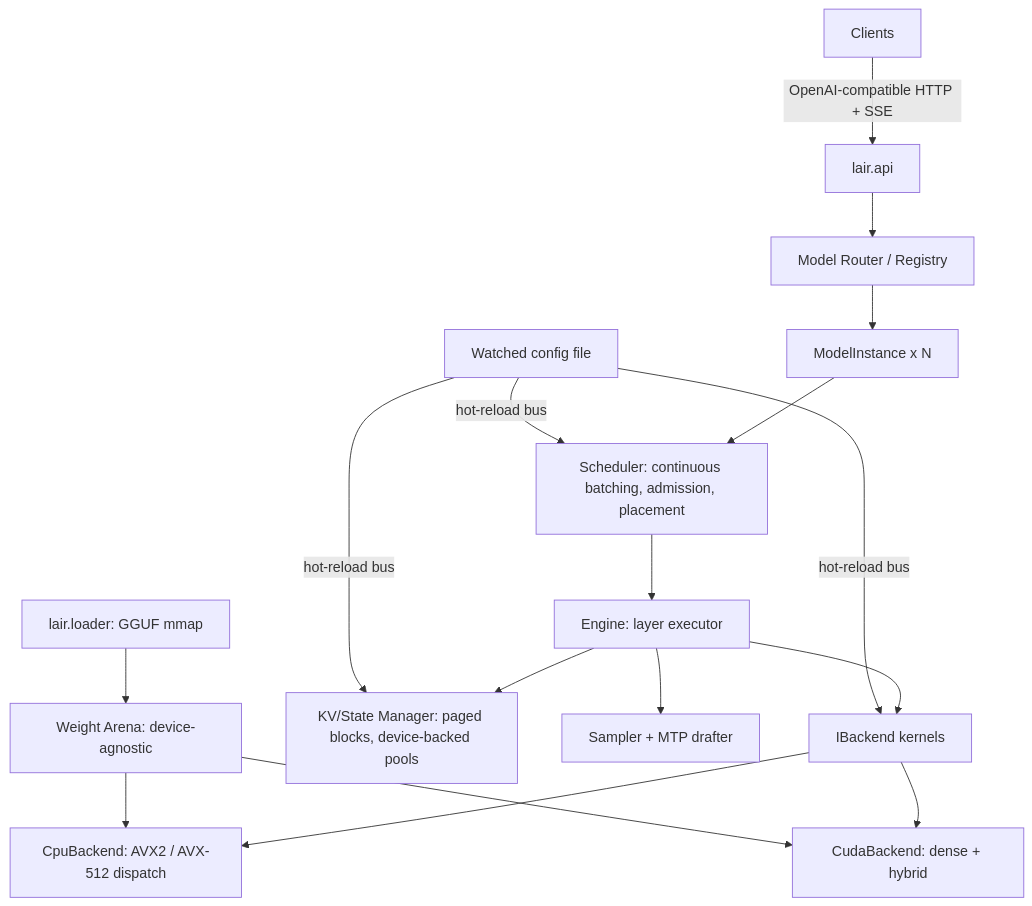
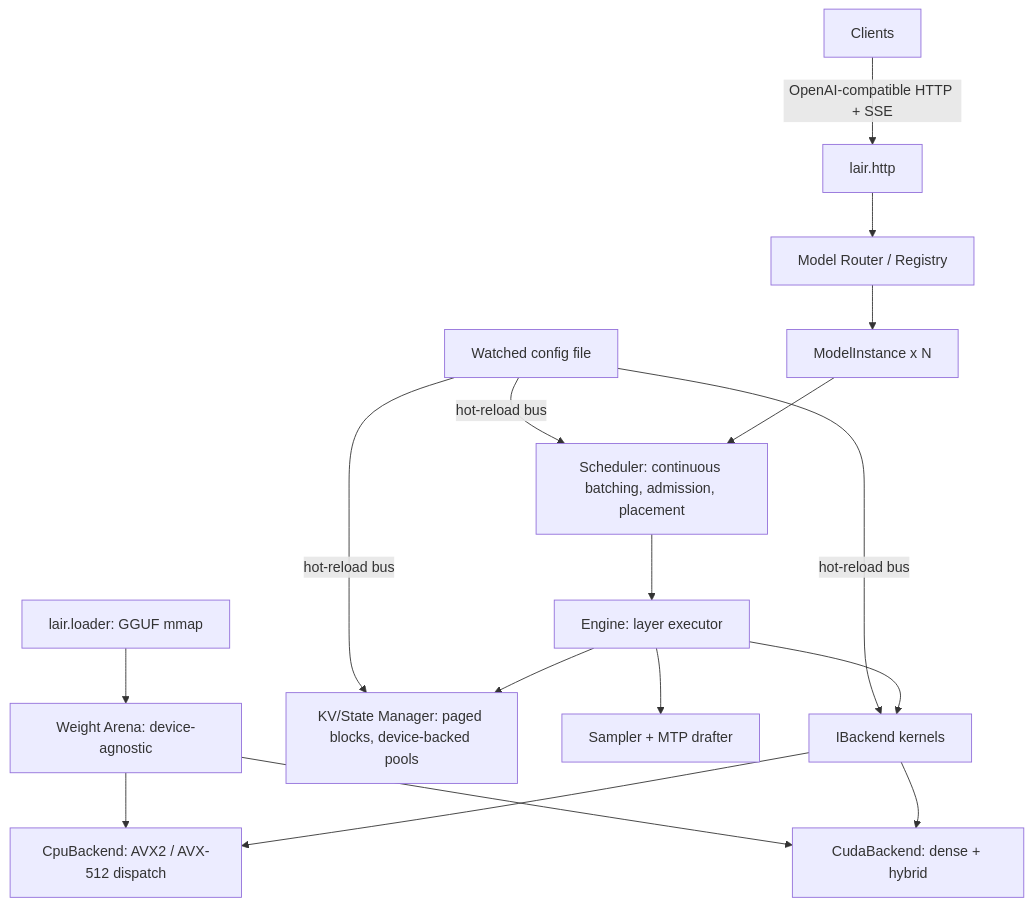
Before and after one commit to ScorchedHands/lair: the diagram in PLAN.md, drawn with Mermaid. The commit also changed other lines of this file, not shown here.

Commit message:
plan(mvp3.1): rename Lair.Api -> Lair.Http, Lair.Core -> Lair.Contracts (role naming); module list and contract refs updated

````diff
--- a/PLAN.md
+++ b/PLAN.md
@@ -41,19 +41,19 @@
 ```mermaid
 graph TD
-    C[Clients] -->|OpenAI-compatible HTTP + SSE| API[lair.api]
+    C[Clients] -->|OpenAI-compatible HTTP + SSE| API[lair.http]
     API --> R[Model Router / Registry]
     R --> MI[ModelInstance x N]
     MI --> S[Scheduler: continuous batching, admission, placement]
     S --> E[Engine: layer executor]
     E --> B[IBackend kernels]
     B --> CPU[CpuBackend: AVX2 / AVX-512 dispatch]
     B --> CUDA[CudaBackend: dense + hybrid]
     E --> KV[KV/State Manager: paged blocks, device-backed pools]
     E --> SAMP[Sampler + MTP drafter]
     L[lair.loader: GGUF mmap] --> WA[Weight Arena: device-agnostic]
     WA --> CPU
     WA --> CUDA
     CFG[Watched config file] -->|hot-reload bus| S
     CFG -->|hot-reload bus| KV
     CFG -->|hot-reload bus| B
 ```
````
